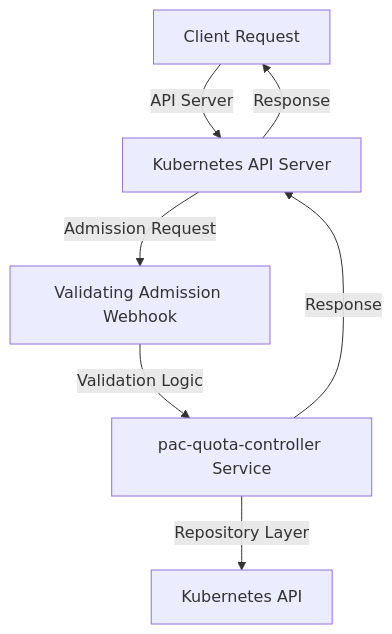
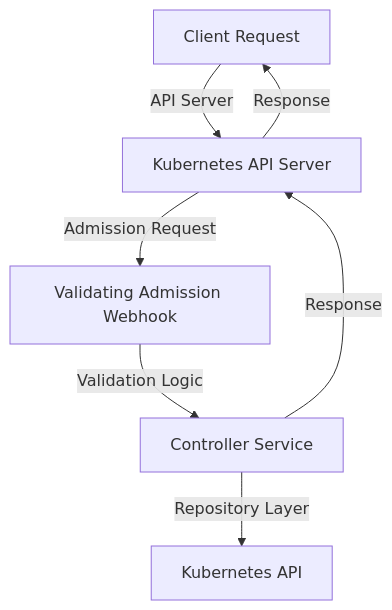
The first of 4 diagrams in README.md (powerhome/pac-quota-controller), drawn with Mermaid before and after one commit.

````diff
--- a/README.md
+++ b/README.md
@@ -13,9 +13,9 @@
 ```mermaid
 graph TD
     A[Client Request] -->|API Server| B[Kubernetes API Server]
     B -->|Admission Request| C[Validating Admission Webhook]
-    C -->|Validation Logic| D[pac-quota-controller Service]
+    C -->|Validation Logic| D[Controller Service]
     D -->|Repository Layer| E[Kubernetes API]
     D -->|Response| B
     B -->|Response| A
 ```
````
